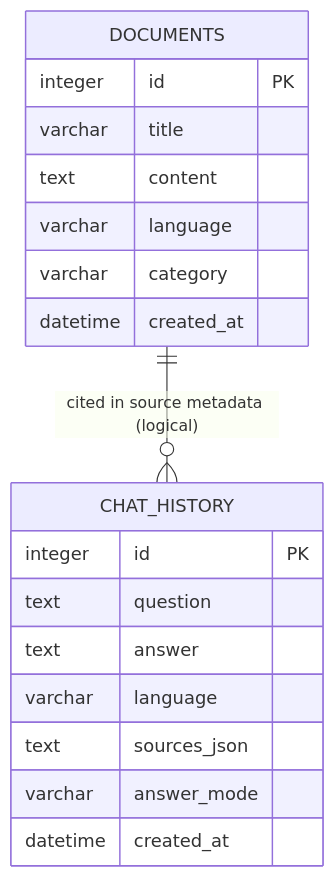
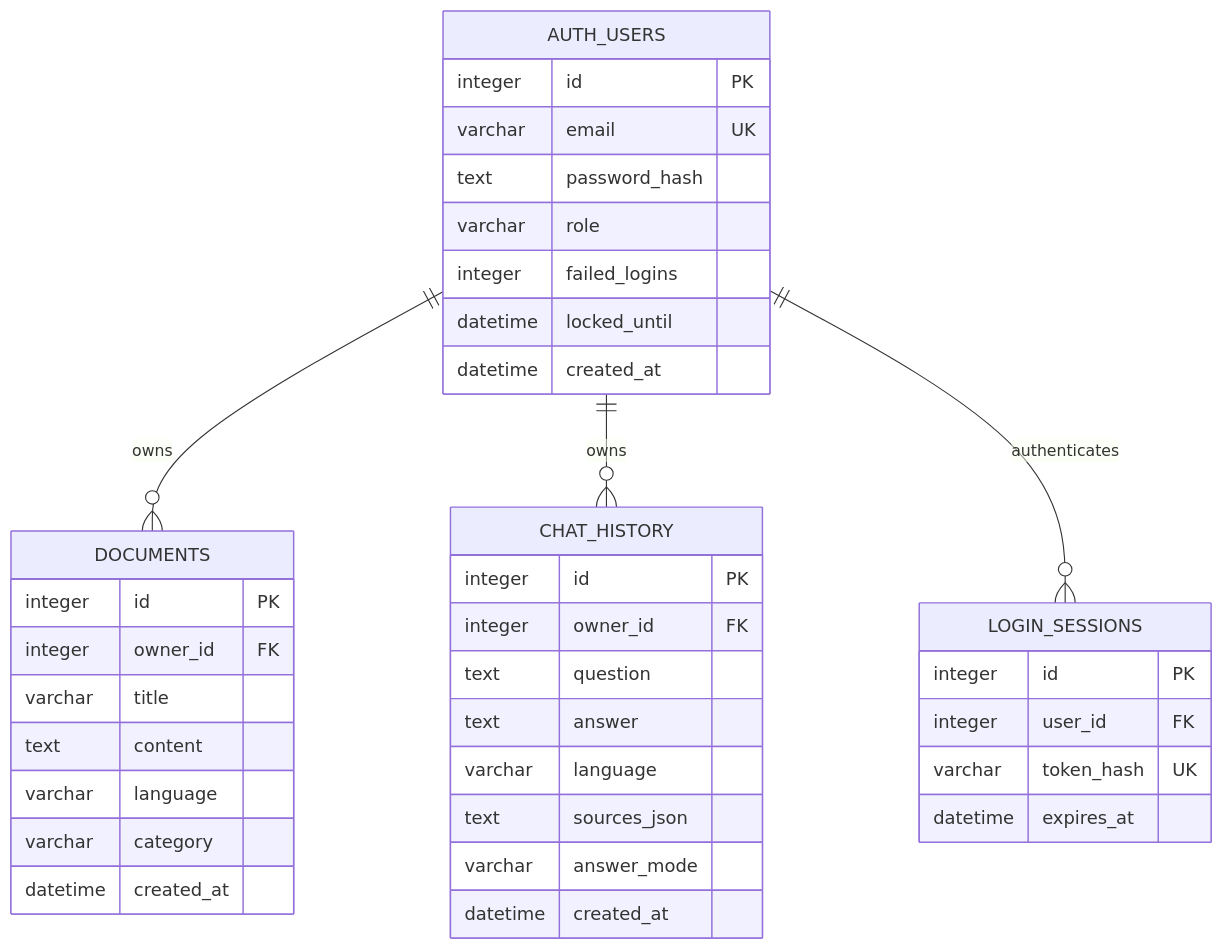
Before and after one commit to harshakavali81-collab/Multilingual-Project: the diagram in docs/diagrams/database-erd.mmd, drawn with Mermaid. The commit also changed 28 other files, not shown here.

```diff
--- a/docs/diagrams/database-erd.mmd
+++ b/docs/diagrams/database-erd.mmd
@@ -1,19 +1,38 @@
 erDiagram
+  AUTH_USERS ||--o{ DOCUMENTS : owns
+  AUTH_USERS ||--o{ CHAT_HISTORY : owns
+  AUTH_USERS ||--o{ LOGIN_SESSIONS : authenticates
+  AUTH_USERS {
+    integer id PK
+    varchar email UK
+    text password_hash
+    varchar role
+    integer failed_logins
+    datetime locked_until
+    datetime created_at
+  }
+  LOGIN_SESSIONS {
+    integer id PK
+    integer user_id FK
+    varchar token_hash UK
+    datetime expires_at
+  }
   DOCUMENTS {
     integer id PK
+    integer owner_id FK
     varchar title
     text content
     varchar language
     varchar category
     datetime created_at
   }
   CHAT_HISTORY {
     integer id PK
+    integer owner_id FK
     text question
     text answer
     varchar language
     text sources_json
     varchar answer_mode
     datetime created_at
   }
-  DOCUMENTS ||--o{ CHAT_HISTORY : "cited in source metadata (logical)"
```
